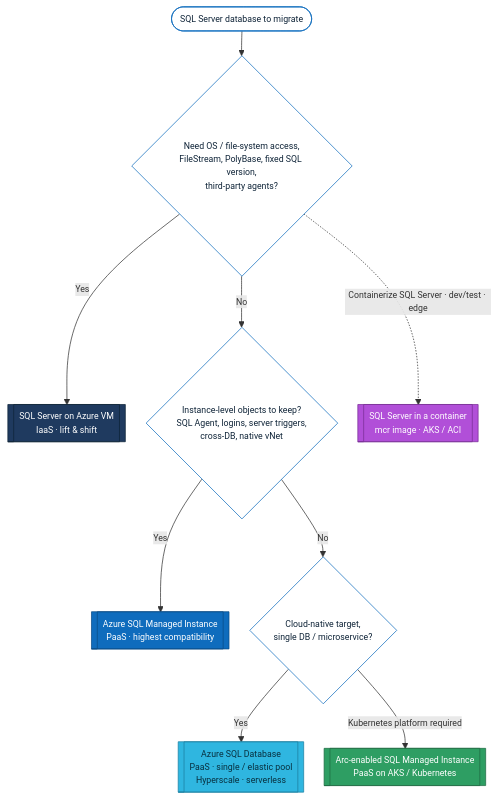
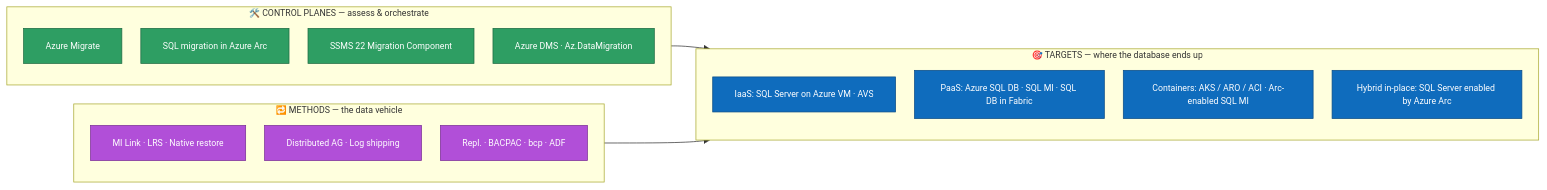
One commit to fredgis/FY27SQLMotion changed the first of 3 diagrams in docs/sql-server-to-azure-migration.md. Above: the diagram before and after it, drawn with Mermaid. The commit also changed other lines of this file, not shown here.

First line of the commit message:
docs: major rewrite of SQL-to-Azure migration reference per expert audits

````diff
--- a/docs/sql-server-to-azure-migration.md
+++ b/docs/sql-server-to-azure-migration.md
@@ -11,25 +31,32 @@
 ```mermaid
-%%{init: {'flowchart': {'nodeSpacing': 28, 'rankSpacing': 34}, 'themeVariables': {'fontSize': '12px'}}}%%
-flowchart TD
-    A([SQL Server database to migrate]) --> B{Need OS / file-system access,<br/>FileStream, PolyBase, fixed SQL version,<br/>third-party agents?}
-    B -->|Yes| VM[[SQL Server on Azure VM<br/>IaaS · lift &amp; shift]]
-    B -->|No| C{Instance-level objects to keep?<br/>SQL Agent, logins, server triggers,<br/>cross-DB, native vNet}
-    C -->|Yes| MI[[Azure SQL Managed Instance<br/>PaaS · highest compatibility]]
-    C -->|No| D{Cloud-native target,<br/>single DB / microservice?}
-    D -->|Yes| DB[[Azure SQL Database<br/>PaaS · single / elastic pool<br/>Hyperscale · serverless]]
-    D -->|"Kubernetes platform required"| K[[Arc-enabled SQL Managed Instance<br/>PaaS on AKS / Kubernetes]]
-    B -.->|"Containerize SQL Server · dev/test · edge"| CT[[SQL Server in a container<br/>mcr image · AKS / ACI]]
-
-    classDef vm fill:#1F3A5F,stroke:#0F2438,color:#fff;
-    classDef mi fill:#0F6CBD,stroke:#0A4C86,color:#fff;
-    classDef db fill:#2FB6E0,stroke:#1C7FA0,color:#08303f;
-    classDef arc fill:#2E9E63,stroke:#1F6B43,color:#fff;
-    classDef ct fill:#B14FD8,stroke:#7A2E97,color:#fff;
-    classDef start fill:#fff,stroke:#0F6CBD,color:#0F2438;
-    class A,B,C,D start;
-    class VM vm;
-    class MI mi;
-    class DB db;
-    class K arc;
-    class CT ct;
+%%{init: {'flowchart': {'nodeSpacing': 26, 'rankSpacing': 34}, 'themeVariables': {'fontSize': '12px'}}}%%
+flowchart LR
+    subgraph TGT["🎯 TARGETS — where the database ends up"]
+        direction TB
+        G1[IaaS: SQL Server on Azure VM · AVS]
+        G2[PaaS: Azure SQL DB · SQL MI · SQL DB in Fabric]
+        G3[Containers: AKS / ARO / ACI · Arc-enabled SQL MI]
+        G4[Hybrid in-place: SQL Server enabled by Azure Arc]
+    end
+    subgraph CTL["🛠️ CONTROL PLANES — assess &amp; orchestrate"]
+        direction TB
+        C1[Azure Migrate]
+        C2[SQL migration in Azure Arc]
+        C3[SSMS 22 Migration Component]
+        C4[Azure DMS · Az.DataMigration]
+    end
+    subgraph MTH["🔁 METHODS — the data vehicle"]
+        direction TB
+        M1[MI Link · LRS · Native restore]
+        M2[Distributed AG · Log shipping]
+        M3[Repl. · BACPAC · bcp · ADF]
+    end
+    CTL --> TGT
+    MTH --> TGT
+    classDef t fill:#0F6CBD,stroke:#0A4C86,color:#fff;
+    classDef c fill:#2E9E63,stroke:#1F6B43,color:#fff;
+    classDef m fill:#B14FD8,stroke:#7A2E97,color:#fff;
+    class G1,G2,G3,G4 t;
+    class C1,C2,C3,C4 c;
+    class M1,M2,M3 m;
 ```
````
